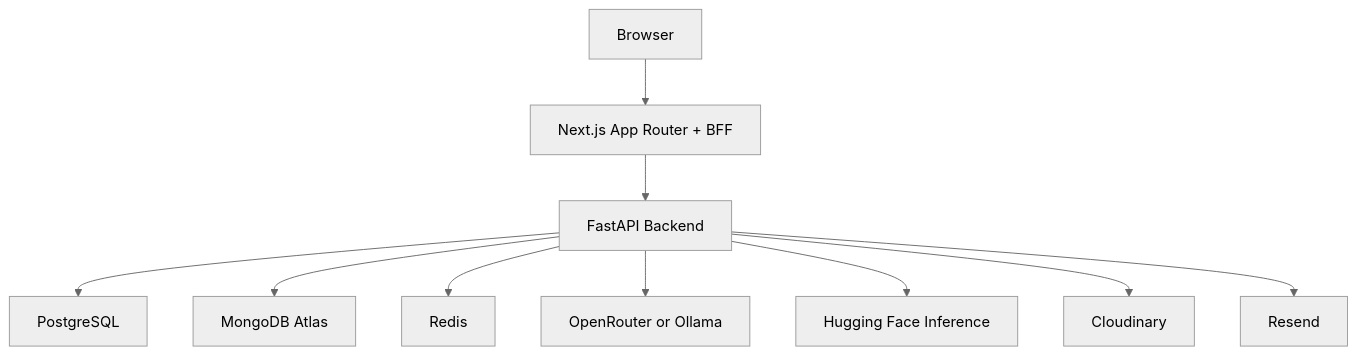
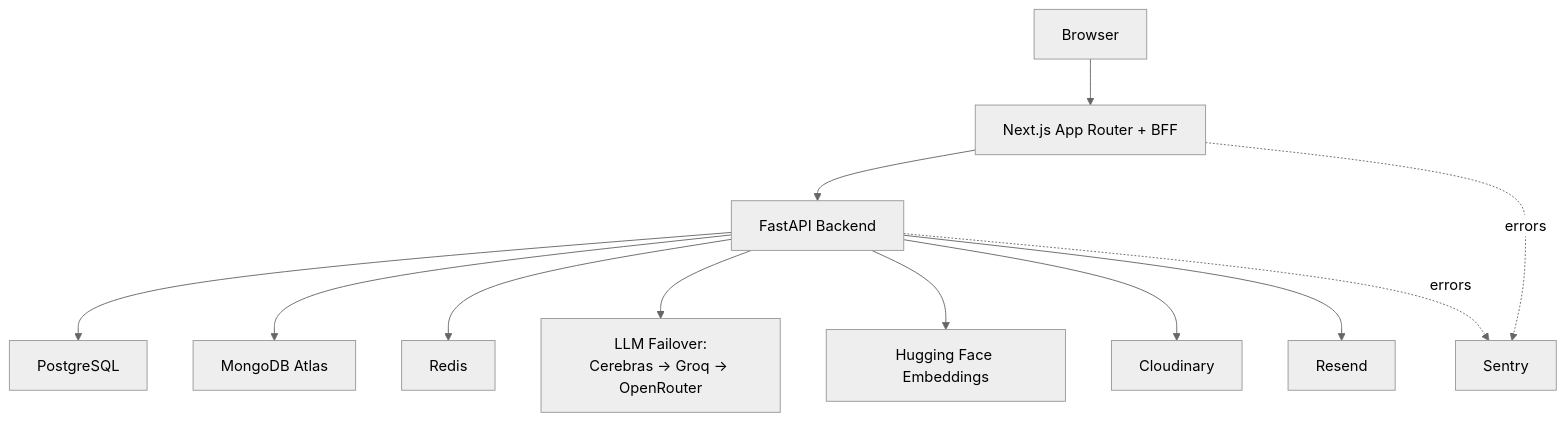
The diagram in README.md (ml-guppy-lab/idea-vault), drawn with Mermaid (neutral theme) before and after one commit. The commit also changed other lines of this file and 7 other files, not shown here.

````diff
--- a/README.md
+++ b/README.md
@@ -87,14 +126,16 @@
 ```mermaid
 flowchart TD
   A[Browser] --> B[Next.js App Router + BFF]
   B --> C[FastAPI Backend]
 
   C --> D[PostgreSQL]
   C --> E[MongoDB Atlas]
   C --> F[Redis]
 
-  C --> G[OpenRouter or Ollama]
-  C --> H[Hugging Face Inference]
+  C --> G[LLM Failover:<br/>Cerebras → Groq → OpenRouter]
+  C --> H[Hugging Face Embeddings]
   C --> I[Cloudinary]
   C --> J[Resend]
+  C -.errors.-> K[Sentry]
+  B -.errors.-> K
 ```
````
